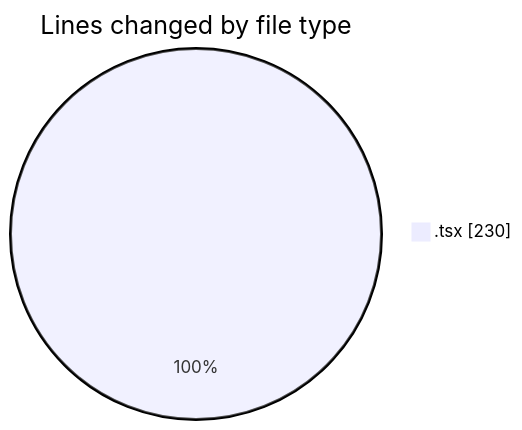
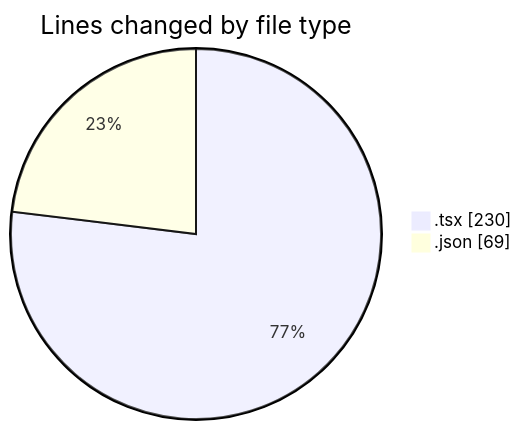
The first of 2 diagrams in 2025-03-10/cda/README.md (momahboobian/code-tracking), drawn with Mermaid before and after one commit. The commit also changed other lines of this file and 1 other file, not shown here.

````diff
--- a/2025-03-10/cda/README.md
+++ b/2025-03-10/cda/README.md
@@ -20,5 +21,6 @@
 ```mermaid
 pie showData
 title Lines changed by file type
 ".tsx" : 230
+".json" : 69
 ```
````
